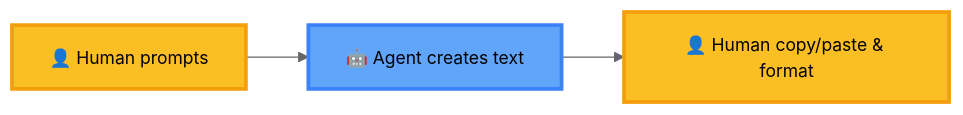
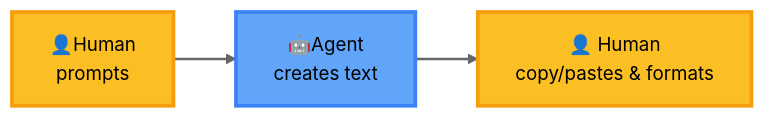
The first of 2 diagrams in modules/Documentation/MeshWeaver.Documentation/Blog/AgenticAI.md (Systemorph/MeshWeaver), drawn with Mermaid before and after one commit. The commit also changed other lines of this file and 5 other files, not shown here.

````diff
--- a/modules/Documentation/MeshWeaver.Documentation/Blog/AgenticAI.md
+++ b/modules/Documentation/MeshWeaver.Documentation/Blog/AgenticAI.md
@@ -72,10 +72,12 @@
 ```mermaid
-%%{init: {'theme':'neutral', 'themeVariables': {'fontSize':'14px'}}}%%
+%%{init: {'theme':'neutral', 'themeVariables': {'fontSize':'15px'}}}%%
 graph LR
-    A["👤 Human prompts"] --> B["🤖 Agent creates text"]
-    B --> C["👤 Human copy/paste & format"]
+    A["👤Human<br/>prompts"] --> B["🤖Agent<br/>creates text"]
+    B --> C["👤 Human<br/>copy/pastes & formats"]
 
     style A fill:#fbbf24,stroke:#f59e0b,stroke-width:3px
     style C fill:#fbbf24,stroke:#f59e0b,stroke-width:3px
     style B fill:#60a5fa,stroke:#3b82f6,stroke-width:3px
+
+    linkStyle 0,1 stroke-width:2px
 ```
````
